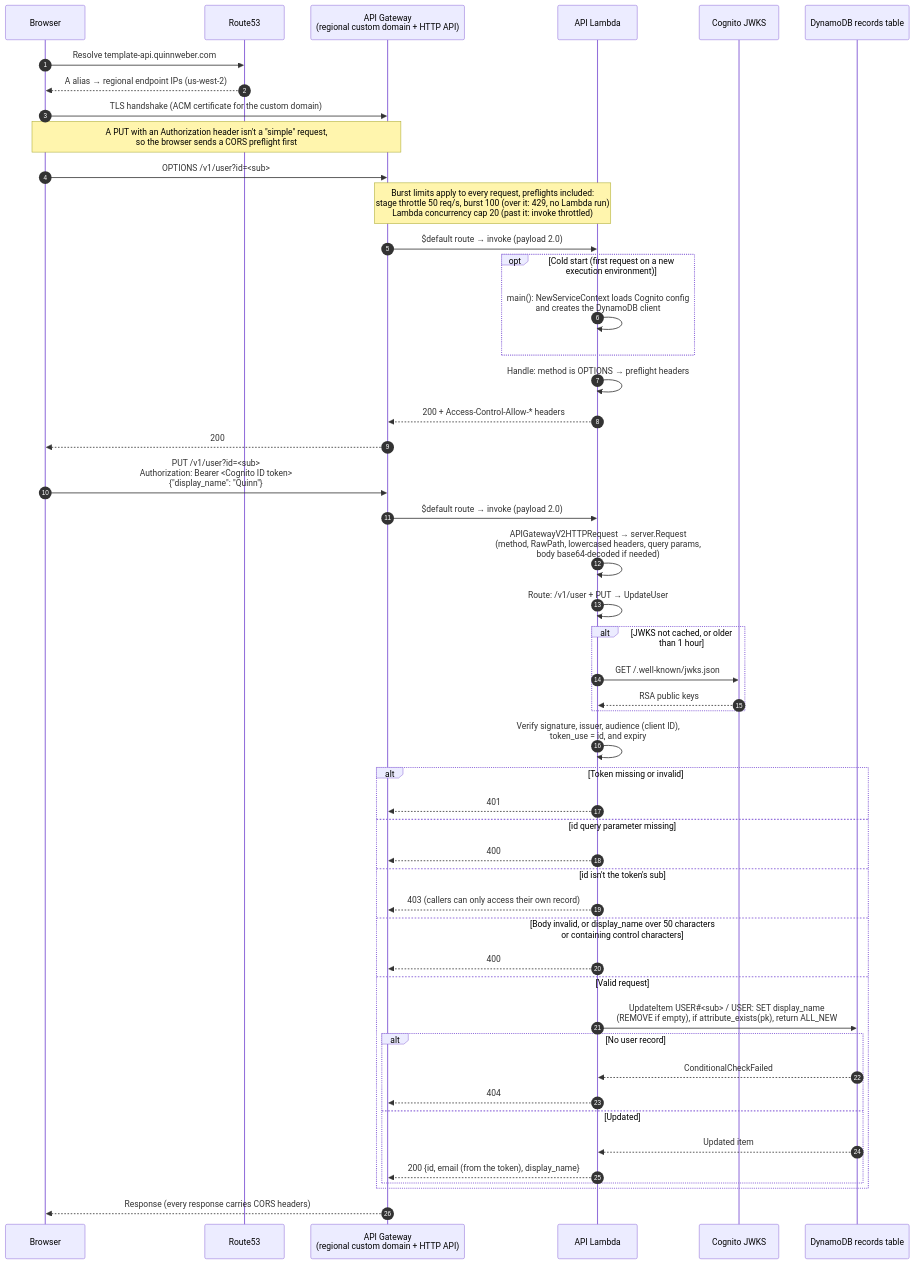
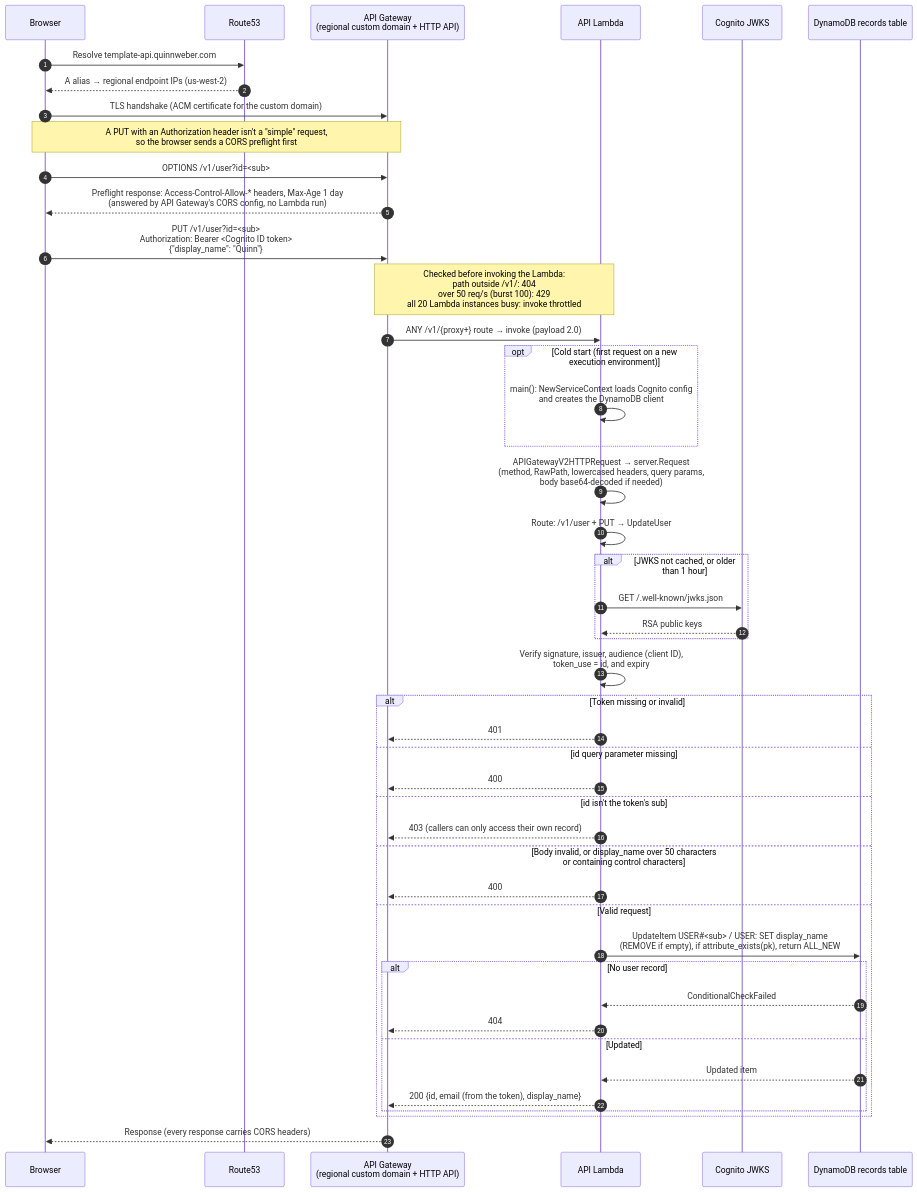
Before and after one commit to qsweber/go-template: the second of 2 diagrams in docs/request-lifecycle.md, drawn with Mermaid. The commit also changed other lines of this file and 9 other files, not shown here.

Commit message:
Log API requests, and stop non-API traffic and preflights from reaching the Lambda (#33)

````diff
--- a/docs/request-lifecycle.md
+++ b/docs/request-lifecycle.md
@@ -77,54 +79,51 @@
 ```mermaid
 sequenceDiagram
     autonumber
     participant B as Browser
     participant DNS as Route53
     participant APIGW as API Gateway<br/>(regional custom domain + HTTP API)
     participant L as API Lambda
     participant C as Cognito JWKS
     participant D as DynamoDB records table
 
     B->>DNS: Resolve template-api.quinnweber.com
     DNS-->>B: A alias → regional endpoint IPs (us-west-2)
     B->>APIGW: TLS handshake (ACM certificate for the custom domain)
 
     Note over B,APIGW: A PUT with an Authorization header isn't a "simple" request,<br/>so the browser sends a CORS preflight first
     B->>APIGW: OPTIONS /v1/user?id=<sub>
-    Note over APIGW,L: Burst limits apply to every request, preflights included:<br/>stage throttle 50 req/s, burst 100 (over it: 429, no Lambda run)<br/>Lambda concurrency cap 20 (past it: invoke throttled)
-    APIGW->>L: $default route → invoke (payload 2.0)
+    APIGW-->>B: Preflight response: Access-Control-Allow-* headers, Max-Age 1 day<br/>(answered by API Gateway's CORS config, no Lambda run)
+
+    B->>APIGW: PUT /v1/user?id=<sub><br/>Authorization: Bearer <Cognito ID token><br/>{"display_name": "Quinn"}
+    Note over APIGW,L: Checked before invoking the Lambda:<br/>path outside /v1/: 404<br/>over 50 req/s (burst 100): 429<br/>all 20 Lambda instances busy: invoke throttled
+    APIGW->>L: ANY /v1/{proxy+} route → invoke (payload 2.0)
     opt Cold start (first request on a new execution environment)
         L->>L: main(): NewServiceContext loads Cognito config<br/>and creates the DynamoDB client
     end
-    L->>L: Handle: method is OPTIONS → preflight headers
-    L-->>APIGW: 200 + Access-Control-Allow-* headers
-    APIGW-->>B: 200
-
-    B->>APIGW: PUT /v1/user?id=<sub><br/>Authorization: Bearer <Cognito ID token><br/>{"display_name": "Quinn"}
-    APIGW->>L: $default route → invoke (payload 2.0)
     L->>L: APIGatewayV2HTTPRequest → server.Request<br/>(method, RawPath, lowercased headers, query params,<br/>body base64-decoded if needed)
     L->>L: Route: /v1/user + PUT → UpdateUser
     alt JWKS not cached, or older than 1 hour
         L->>C: GET /.well-known/jwks.json
         C-->>L: RSA public keys
     end
     L->>L: Verify signature, issuer, audience (client ID),<br/>token_use = id, and expiry
     alt Token missing or invalid
         L-->>APIGW: 401
     else id query parameter missing
         L-->>APIGW: 400
     else id isn't the token's sub
         L-->>APIGW: 403 (callers can only access their own record)
     else Body invalid, or display_name over 50 characters<br/>or containing control characters
         L-->>APIGW: 400
     else Valid request
         L->>D: UpdateItem USER#35;<sub> / USER: SET display_name<br/>(REMOVE if empty), if attribute_exists(pk), return ALL_NEW
         alt No user record
             D-->>L: ConditionalCheckFailed
             L-->>APIGW: 404
         else Updated
             D-->>L: Updated item
             L-->>APIGW: 200 {id, email (from the token), display_name}
         end
     end
     APIGW-->>B: Response (every response carries CORS headers)
 ```
````
